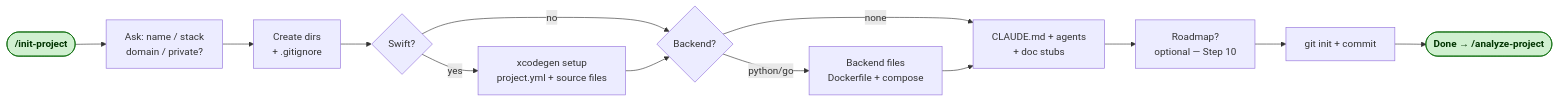
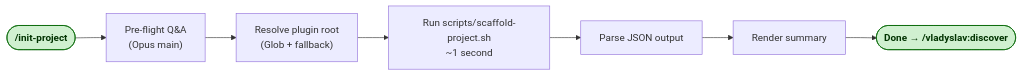
The first of 15 diagrams in docs/diagrams/skill-flows.md (vladislavsournine/vladyslav-skills), drawn with Mermaid before and after one commit. The commit also changed other lines of this file and 6 other files, not shown here.

````diff
--- a/docs/diagrams/skill-flows.md
+++ b/docs/diagrams/skill-flows.md
@@ -11,18 +11,12 @@
 ```mermaid
 flowchart LR
-    A([/init-project]):::start --> B[Ask: name / stack\ndomain / private?]
-    B --> C[Create dirs\n+ .gitignore]
-    C --> D{Swift?}
-    D -- yes --> E[xcodegen setup\nproject.yml + source files]
-    D -- no --> F{Backend?}
-    E --> F
-    F -- python/go --> G[Backend files\nDockerfile + compose]
-    F -- none --> H
-    G --> H[CLAUDE.md + agents\n+ doc stubs]
-    H --> I[Roadmap?\noptional — Step 10]
-    I --> J[git init + commit]
-    J --> K([Done → /analyze-project]):::done
+    A([/init-project]):::start --> B["Pre-flight Q&A<br/>(Opus main)"]
+    B --> C["Resolve plugin root<br/>(Glob + fallback)"]
+    C --> D[Run scripts/scaffold-project.sh<br/>~1 second]
+    D --> E[Parse JSON output]
+    E --> F[Render summary]
+    F --> G([Done → /vladyslav:discover]):::done
 
     classDef start fill:#d0f0d0,stroke:#006600,color:#003300,font-weight:bold
     classDef done  fill:#d0f0d0,stroke:#006600,color:#003300,font-weight:bold
 ```
````
